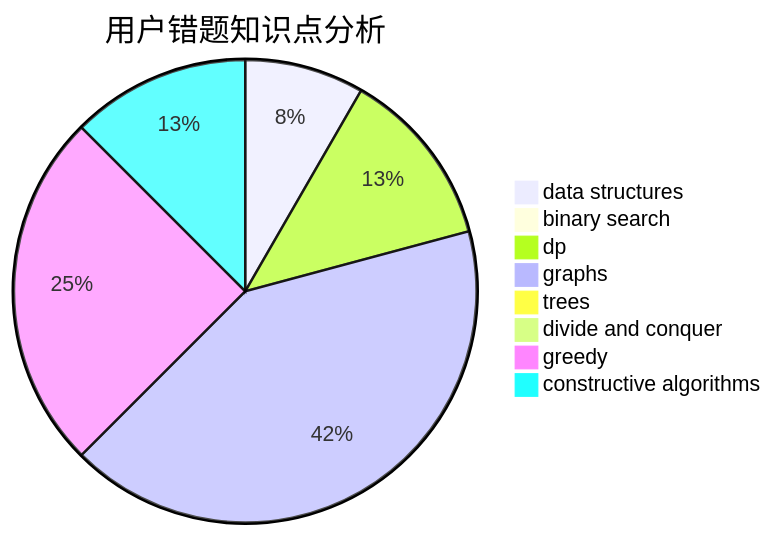
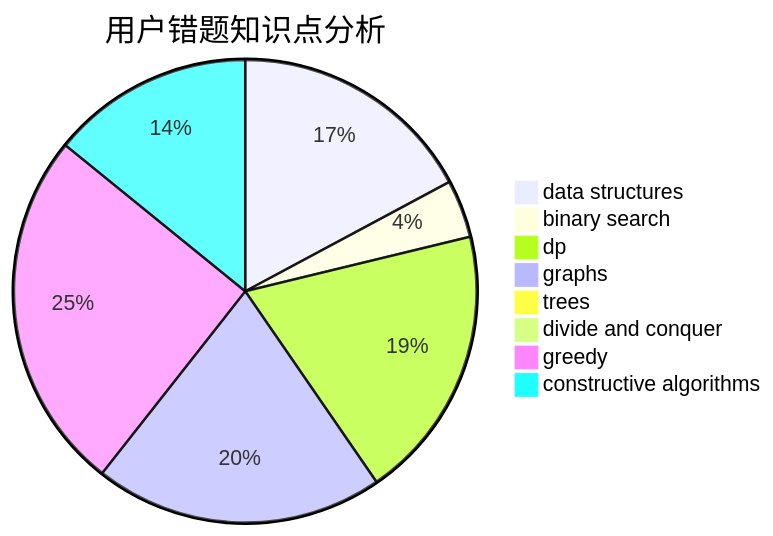
The third of 3 diagrams in docs/user/u1628.md (sherpahu/cfrs.github.io), drawn with Mermaid before and after one commit. The commit also changed other lines of this file and 2770 other files, not shown here.

````diff
--- a/docs/user/u1628.md
+++ b/docs/user/u1628.md
@@ -36,11 +36,11 @@
 ```mermaid
 pie title 用户错题知识点分析
-    "data structures" :  4
-    "binary search" :  0
-    "dp" :  6
+    "data structures" :  17
+    "binary search" :  4
+    "dp" :  19
     "graphs" :  20
     "trees" :  0
     "divide and conquer" :  0
-    "greedy" :  12
-    "constructive algorithms" :  6
+    "greedy" :  25
+    "constructive algorithms" :  14
 ```
````
